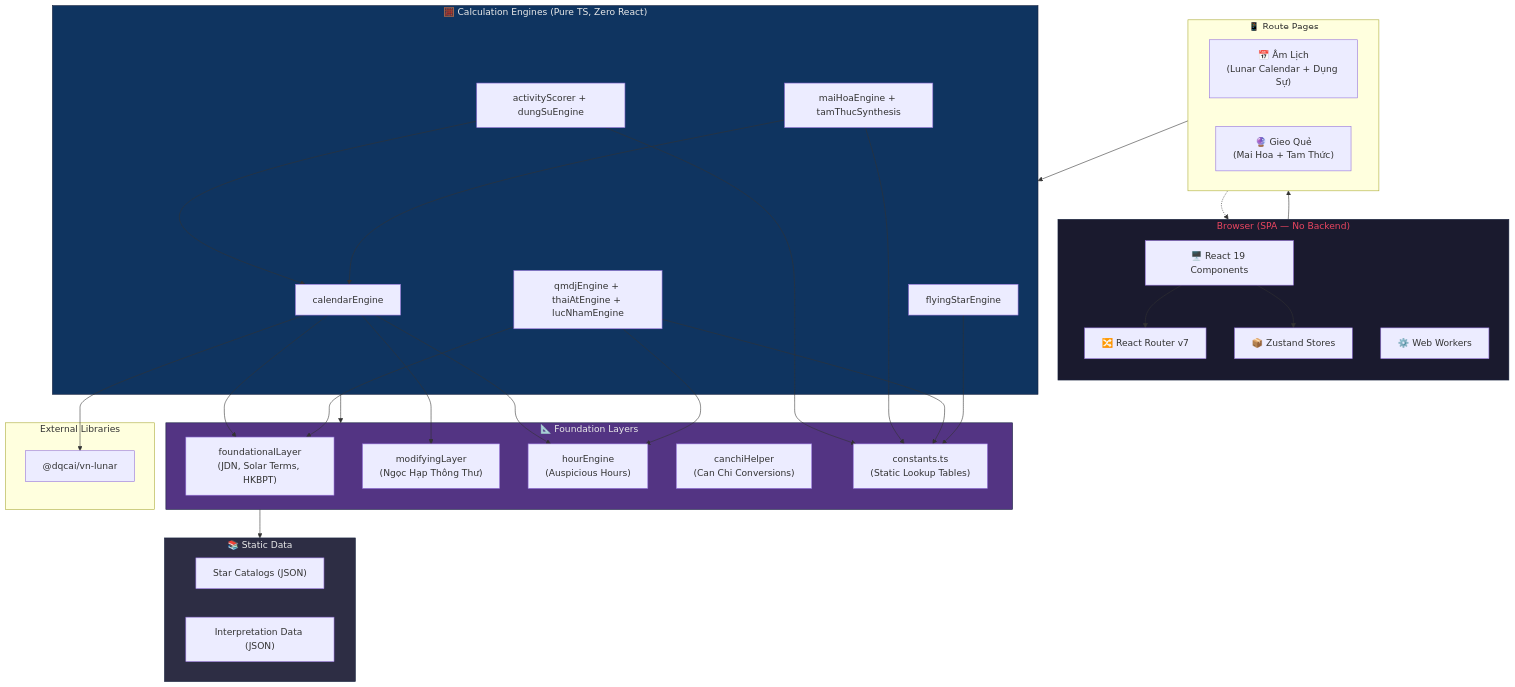
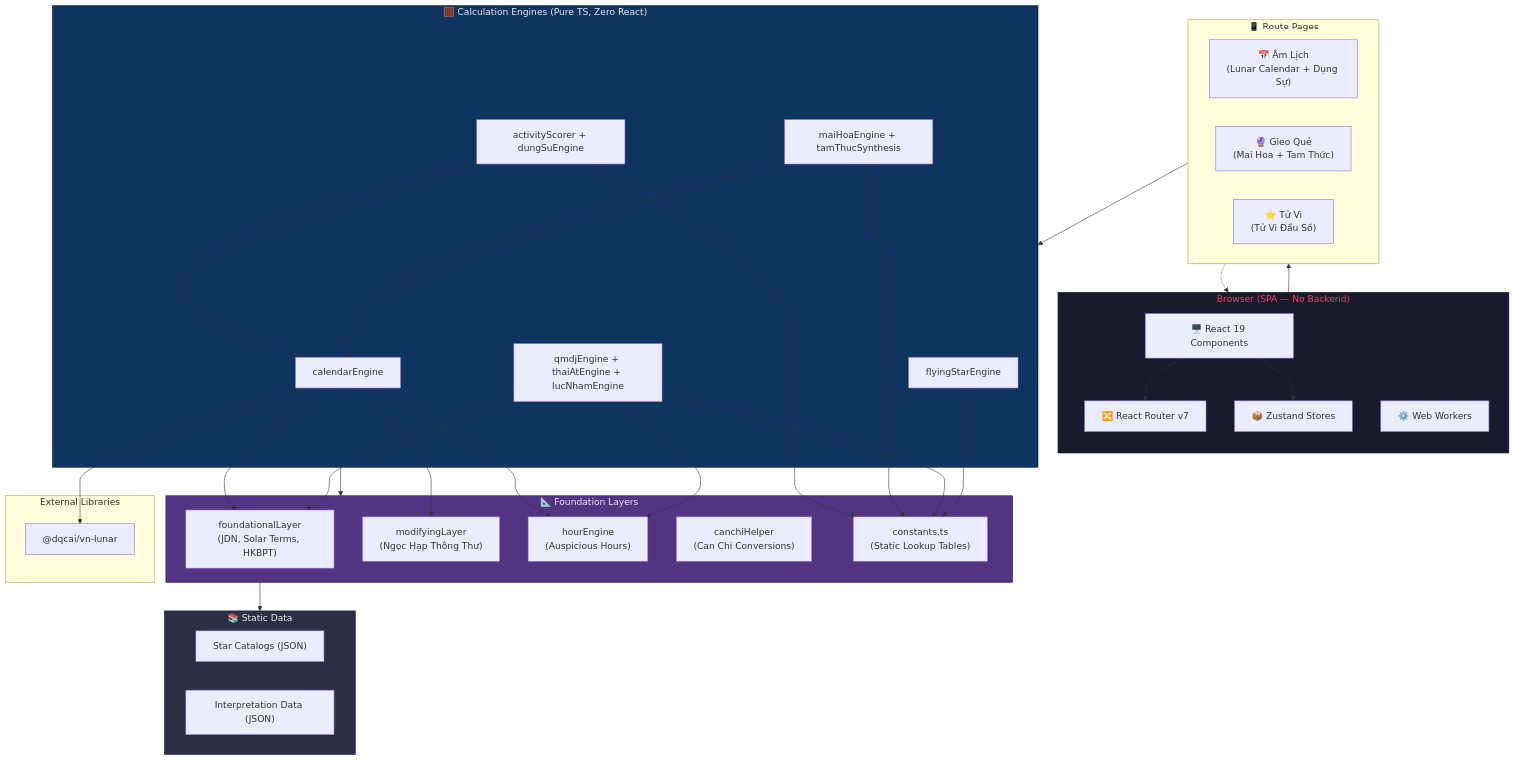
One commit to jakessteve/lich-viet changed the first of 3 diagrams in docs/tech/ARCHITECTURE.md. Above: the diagram before and after it, drawn with Mermaid. The commit also changed other lines of this file and 490 other files, not shown here.

````diff
--- a/docs/tech/ARCHITECTURE.md
+++ b/docs/tech/ARCHITECTURE.md
@@ -44,58 +44,59 @@
 ```mermaid
 graph TB
     subgraph Browser["Browser (SPA — No Backend)"]
         direction TB
         UI["🖥️ React 19 Components"]
         Router["🔀 React Router v7"]
         Store["📦 Zustand Stores"]
         Workers["⚙️ Web Workers"]
     end
 
     subgraph Pages["📱 Route Pages"]
         P1["📅 Âm Lịch<br/>(Lunar Calendar + Dụng Sự)"]
         P2["🔮 Gieo Quẻ<br/>(Mai Hoa + Tam Thức)"]
+        P3["⭐ Tử Vi<br/>(Tử Vi Đẩu Số)"]
     end
 
     subgraph Engines["🧮 Calculation Engines (Pure TS, Zero React)"]
         E1["calendarEngine"]
         E2["activityScorer + dungSuEngine"]
         E3["maiHoaEngine + tamThucSynthesis"]
         E4["qmdjEngine + thaiAtEngine + lucNhamEngine"]
         E5["flyingStarEngine"]
     end
 
     subgraph Layers["📐 Foundation Layers"]
         L1["foundationalLayer<br/>(JDN, Solar Terms, HKBPT)"]
         L2["modifyingLayer<br/>(Ngọc Hạp Thông Thư)"]
         L3["hourEngine<br/>(Auspicious Hours)"]
         L4["canchiHelper<br/>(Can Chi Conversions)"]
         L5["constants.ts<br/>(Static Lookup Tables)"]
     end
 
     subgraph Data["📚 Static Data"]
         D1["Star Catalogs (JSON)"]
         D2["Interpretation Data (JSON)"]
     end
 
     subgraph External["External Libraries"]
         X1["@dqcai/vn-lunar"]
     end
 
     UI --> Router --> Pages
     UI --> Store
     Pages --> Engines
     Engines --> Layers
     Layers --> Data
     Pages -.-> Workers
 
     E1 --> L1 & L2 & L3 & X1
     E2 --> E1 & L5
     E3 --> E1 & L5
     E4 --> L1 & L3 & L5
     E5 --> L5
 
     style Browser fill:#1a1a2e,stroke:#16213e,color:#e94560
     style Engines fill:#0f3460,stroke:#16213e,color:#e9e9e9
     style Layers fill:#533483,stroke:#16213e,color:#e9e9e9
     style Data fill:#2d2d44,stroke:#16213e,color:#e9e9e9
 ```
````
